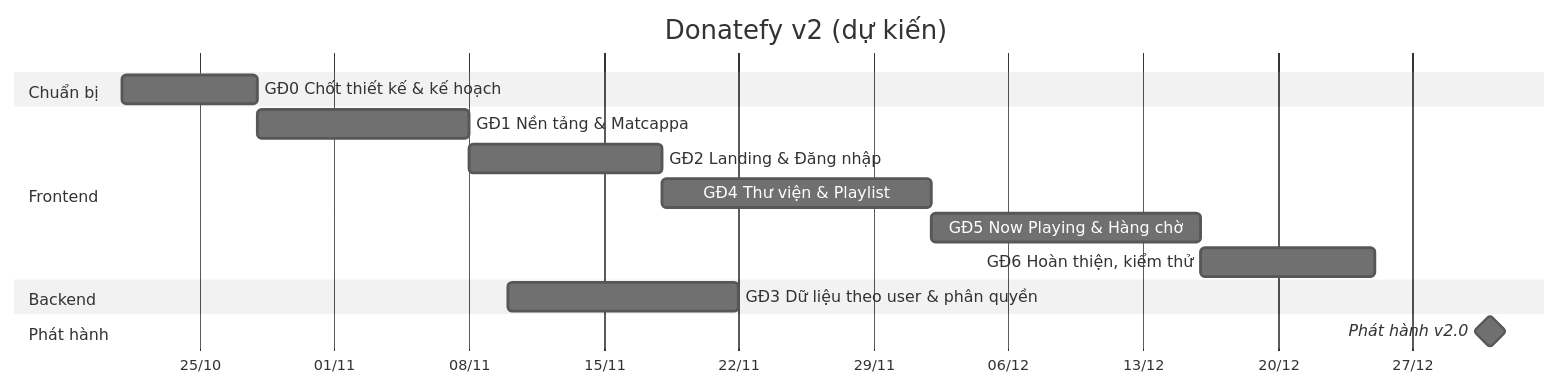
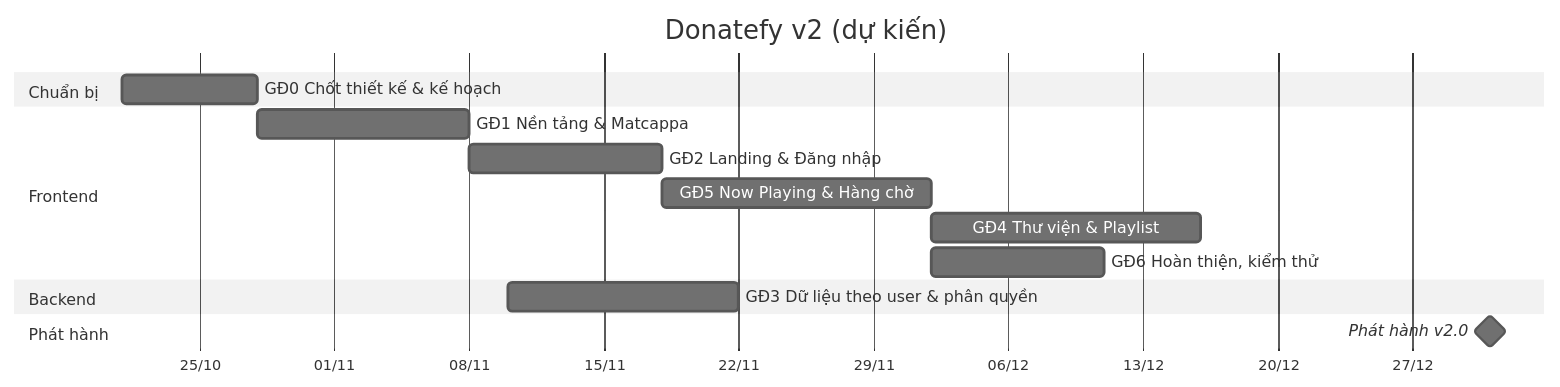
One commit to duongdonate/donatefy changed the fourth of 4 diagrams in docs/report/donatefy-v2-plan.md. Above: the diagram before and after it, drawn with Mermaid (neutral theme). The commit also changed other lines of this file and 1 other file, not shown here.

````diff
--- a/docs/report/donatefy-v2-plan.md
+++ b/docs/report/donatefy-v2-plan.md
@@ -579,19 +578,19 @@
 ```mermaid 
 gantt 
   title Donatefy v2 (dự kiến)
   dateFormat  YYYY-MM-DD
   axisFormat  %d/%m
   section Chuẩn bị
   GĐ0 Chốt thiết kế & kế hoạch      :g0, 2026-10-21, 7d
   section Frontend
   GĐ1 Nền tảng & Matcappa           :g1, after g0, 11d
   GĐ2 Landing & Đăng nhập           :g2, after g1, 10d
-  GĐ4 Thư viện & Playlist           :g4, after g2, 14d
-  GĐ5 Now Playing & Hàng chờ        :g5, after g4, 14d
+  GĐ5 Now Playing & Hàng chờ        :g5, after g2, 14d
+  GĐ4 Thư viện & Playlist           :g4, after g5, 14d
   GĐ6 Hoàn thiện, kiểm thử          :g6, after g5, 9d
   section Backend
   GĐ3 Dữ liệu theo user & phân quyền :g3, 2026-11-10, 12d
   section Phát hành
   Phát hành v2.0                     :milestone, 2026-12-31, 0d
   
 ```
````
